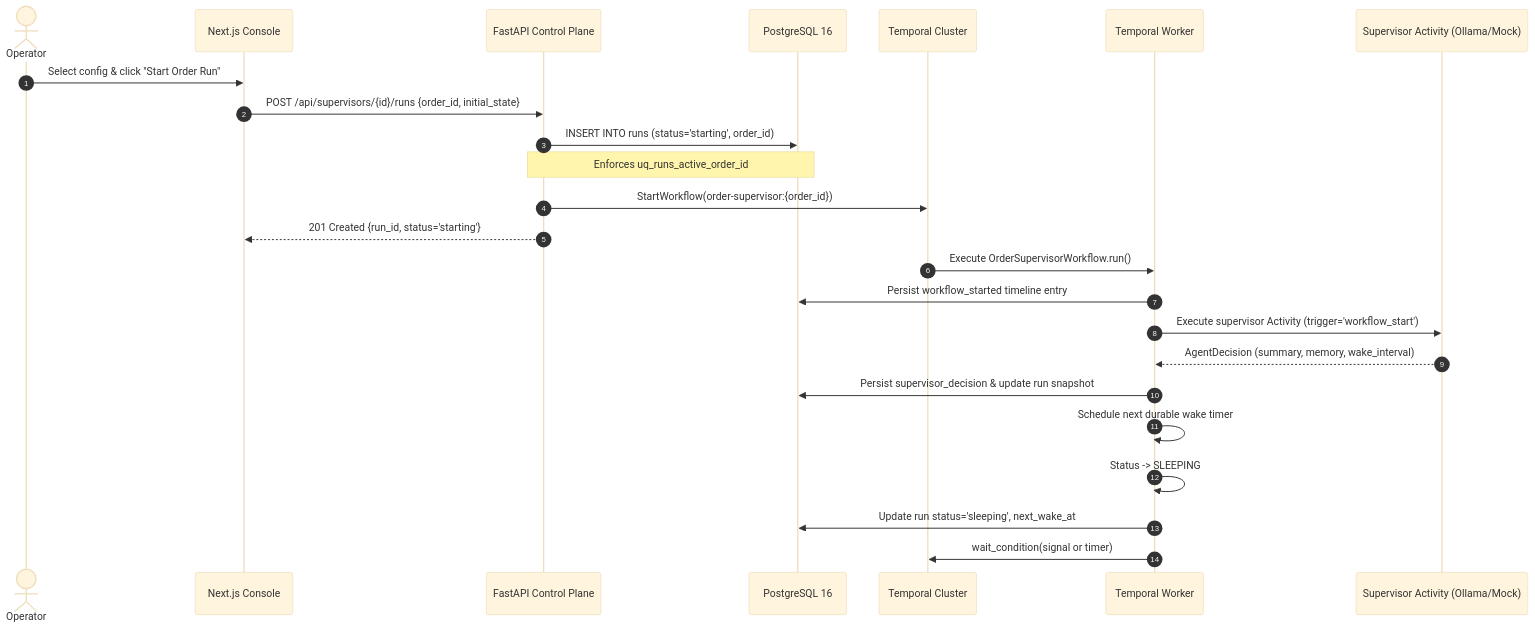
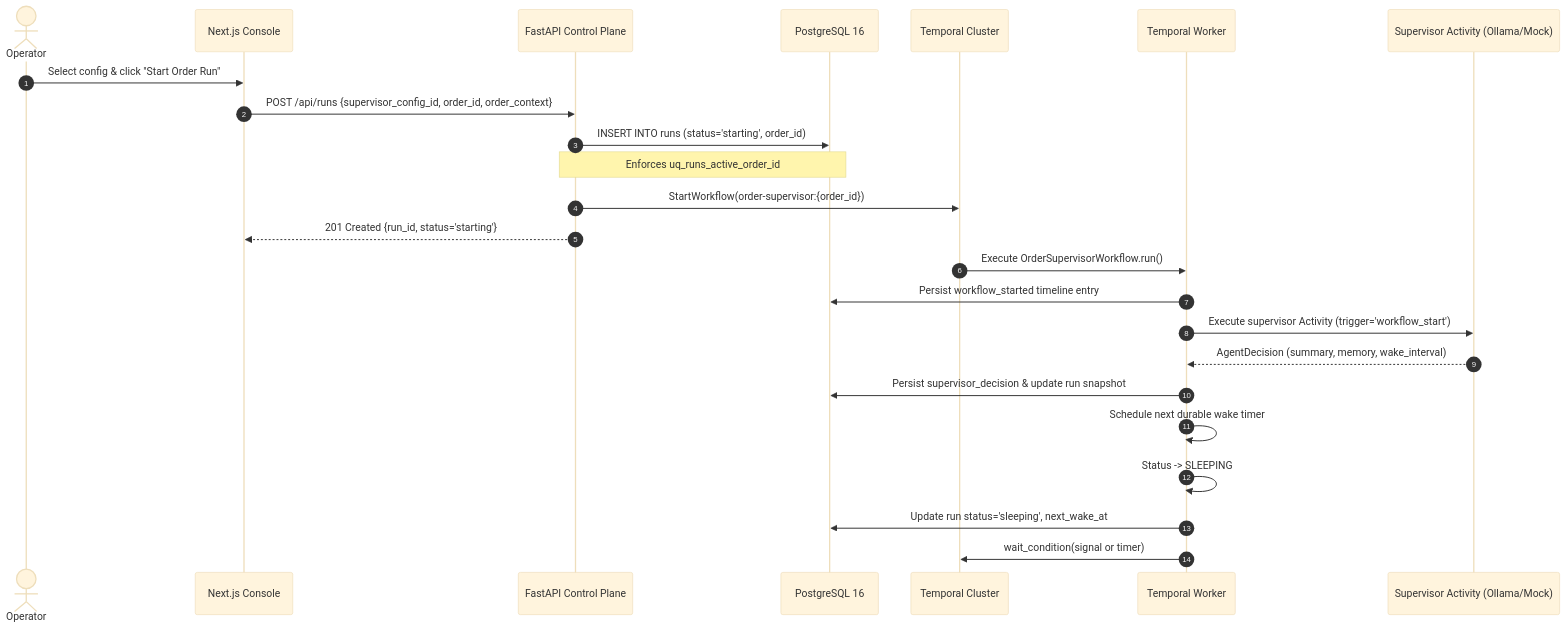
Before and after one commit to goelnimish/Project_Order_Supervisor: the first of 5 diagrams in docs/APP_FLOW.md, drawn with Mermaid (base theme).

Commit message:
docs: update start-run API contract in system flow specs

````diff
--- a/docs/APP_FLOW.md
+++ b/docs/APP_FLOW.md
@@ -13,28 +13,28 @@
 ```mermaid
 sequenceDiagram
     autonumber
     actor Operator
     participant UI as Next.js Console
     participant API as FastAPI Control Plane
     participant DB as PostgreSQL 16
     participant Temporal as Temporal Cluster
     participant Worker as Temporal Worker
     participant LLM as Supervisor Activity (Ollama/Mock)
 
     Operator->>UI: Select config & click "Start Order Run"
-    UI->>API: POST /api/supervisors/{id}/runs {order_id, initial_state}
+    UI->>API: POST /api/runs {supervisor_config_id, order_id, order_context}
     API->>DB: INSERT INTO runs (status='starting', order_id)
     Note over API,DB: Enforces uq_runs_active_order_id
     API->>Temporal: StartWorkflow(order-supervisor:{order_id})
     API-->>UI: 201 Created {run_id, status='starting'}
     
     Temporal->>Worker: Execute OrderSupervisorWorkflow.run()
     Worker->>DB: Persist workflow_started timeline entry
     Worker->>LLM: Execute supervisor Activity (trigger='workflow_start')
     LLM-->>Worker: AgentDecision (summary, memory, wake_interval)
     Worker->>DB: Persist supervisor_decision & update run snapshot
     Worker->>Worker: Schedule next durable wake timer
     Worker->>Worker: Status -> SLEEPING
     Worker->>DB: Update run status='sleeping', next_wake_at
     Worker->>Temporal: wait_condition(signal or timer)
 ```
````
